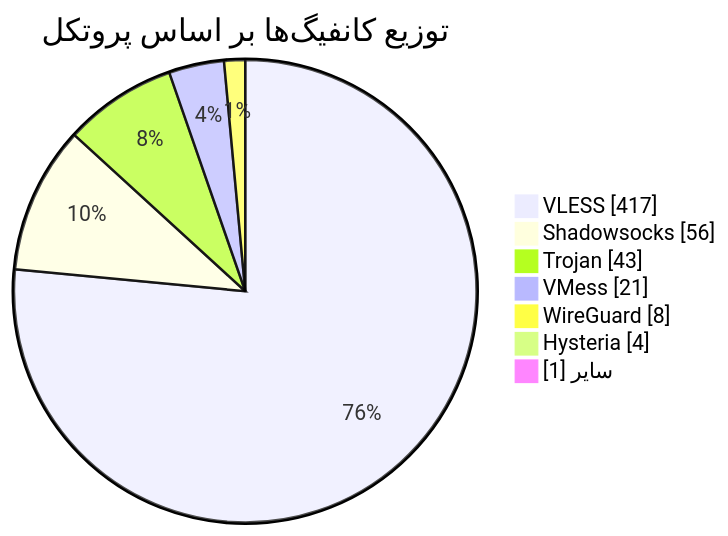
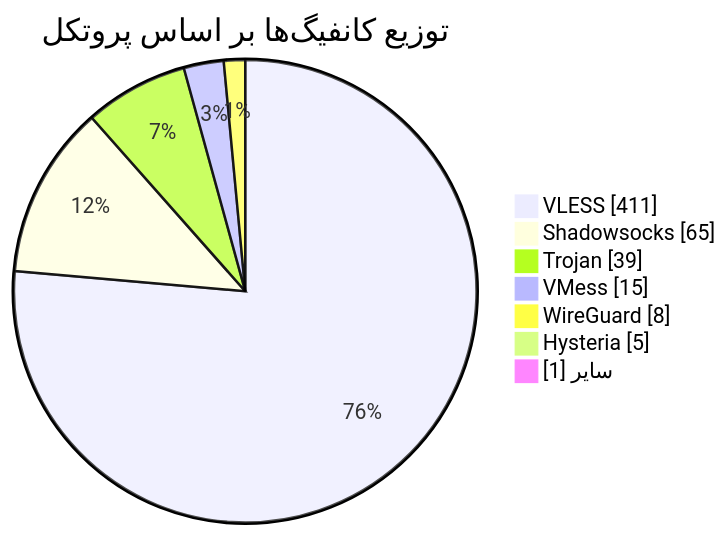
Before and after one commit to Arian-Alijani/Somthing: the diagram in README.md, drawn with Mermaid. The commit also changed other lines of this file and 17 other files, not shown here.

````diff
--- a/README.md
+++ b/README.md
@@ -49,11 +49,11 @@
 ```mermaid
 pie showData
     title توزیع کانفیگ‌ها بر اساس پروتکل
-    "VLESS" : 417
-    "Shadowsocks" : 56
-    "Trojan" : 43
-    "VMess" : 21
+    "VLESS" : 411
+    "Shadowsocks" : 65
+    "Trojan" : 39
+    "VMess" : 15
     "WireGuard" : 8
-    "Hysteria" : 4
+    "Hysteria" : 5
     "سایر" : 1
 ```
````
